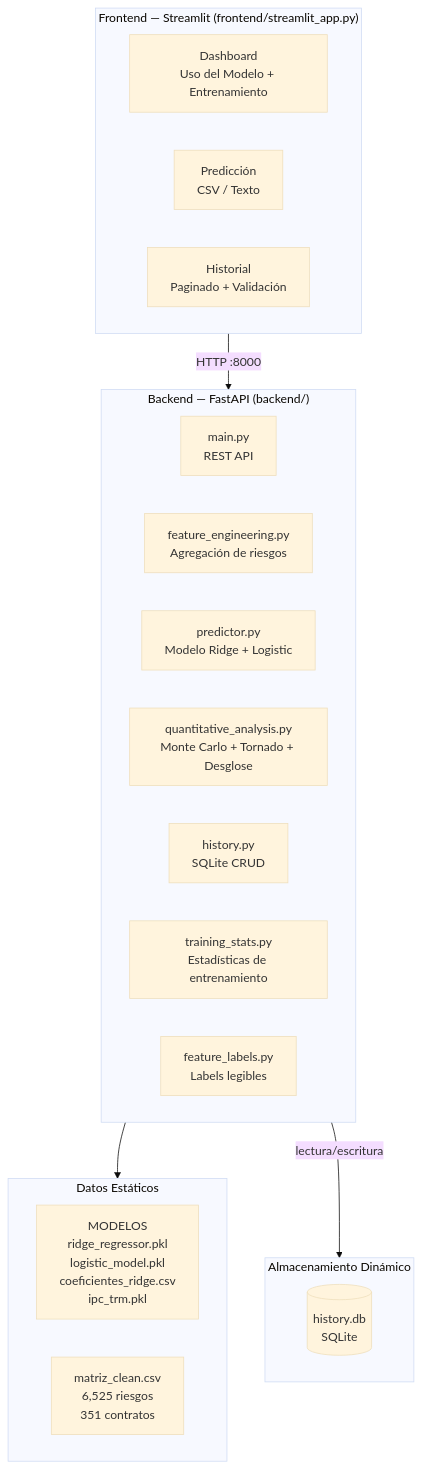
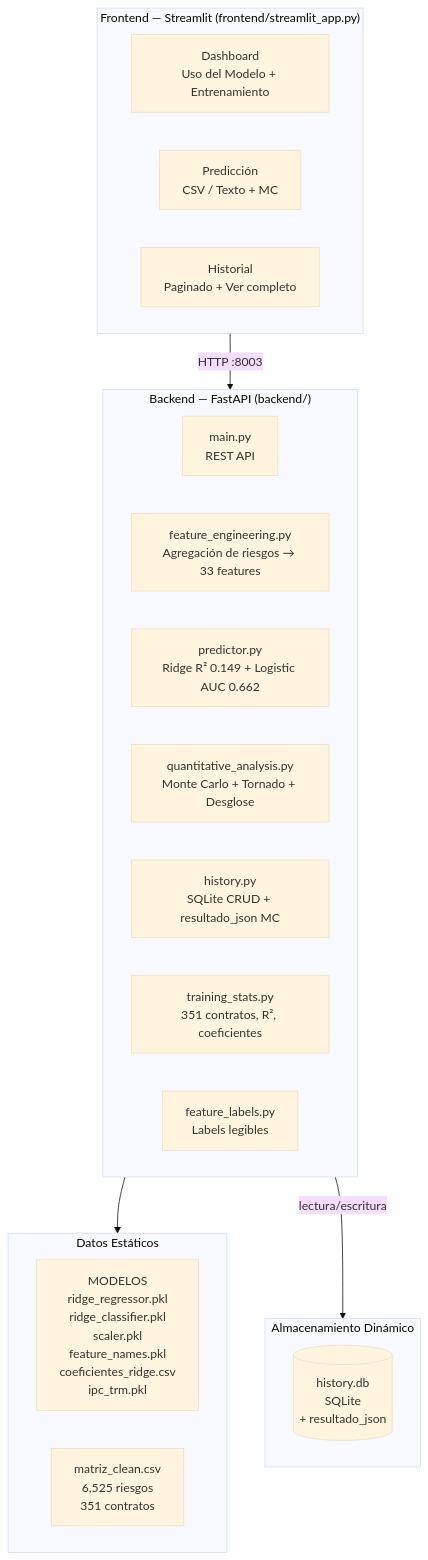
The first of 7 diagrams in docs/proceso.md (sanan1297/risk_project), drawn with Mermaid (base theme) before and after one commit. The commit also changed other lines of this file and 8 other files, not shown here.

````diff
--- a/docs/proceso.md
+++ b/docs/proceso.md
@@ -285,31 +285,31 @@
 ```mermaid
 graph TB
     subgraph Frontend["Frontend — Streamlit (frontend/streamlit_app.py)"]
         DASH[Dashboard<br/>Uso del Modelo + Entrenamiento]
-        PRED[Predicción<br/>CSV / Texto]
-        HIST[Historial<br/>Paginado + Validación]
+        PRED[Predicción<br/>CSV / Texto + MC]
+        HIST[Historial<br/>Paginado + Ver completo]
     end
 
     subgraph Backend["Backend — FastAPI (backend/)"]
         API[main.py<br/>REST API]
-        FE[feature_engineering.py<br/>Agregación de riesgos]
-        PREDICT[predictor.py<br/>Modelo Ridge + Logistic]
+        FE[feature_engineering.py<br/>Agregación de riesgos → 33 features]
+        PREDICT[predictor.py<br/>Ridge R² 0.149 + Logistic AUC 0.662]
         QA[quantitative_analysis.py<br/>Monte Carlo + Tornado + Desglose]
-        HISTDB[history.py<br/>SQLite CRUD]
-        TRAIN[training_stats.py<br/>Estadísticas de entrenamiento]
+        HISTDB[history.py<br/>SQLite CRUD + resultado_json MC]
+        TRAIN[training_stats.py<br/>351 contratos, R², coeficientes]
         LABELS[feature_labels.py<br/>Labels legibles]
     end
 
     subgraph Data["Datos Estáticos"]
-        M[MODELOS<br/>ridge_regressor.pkl<br/>logistic_model.pkl<br/>coeficientes_ridge.csv<br/>ipc_trm.pkl]
+        M[MODELOS<br/>ridge_regressor.pkl<br/>ridge_classifier.pkl<br/>scaler.pkl<br/>feature_names.pkl<br/>coeficientes_ridge.csv<br/>ipc_trm.pkl]
         MAT[matriz_clean.csv<br/>6,525 riesgos<br/>351 contratos]
     end
 
     subgraph Storage["Almacenamiento Dinámico"]
-        DB[(history.db<br/>SQLite)]
+        DB[(history.db<br/>SQLite<br/>+ resultado_json)]
     end
 
-    Frontend -->|HTTP :8000| Backend
+    Frontend -->|HTTP :8003| Backend
     Backend --> Data
     Backend -->|lectura/escritura| Storage
 ```
````
